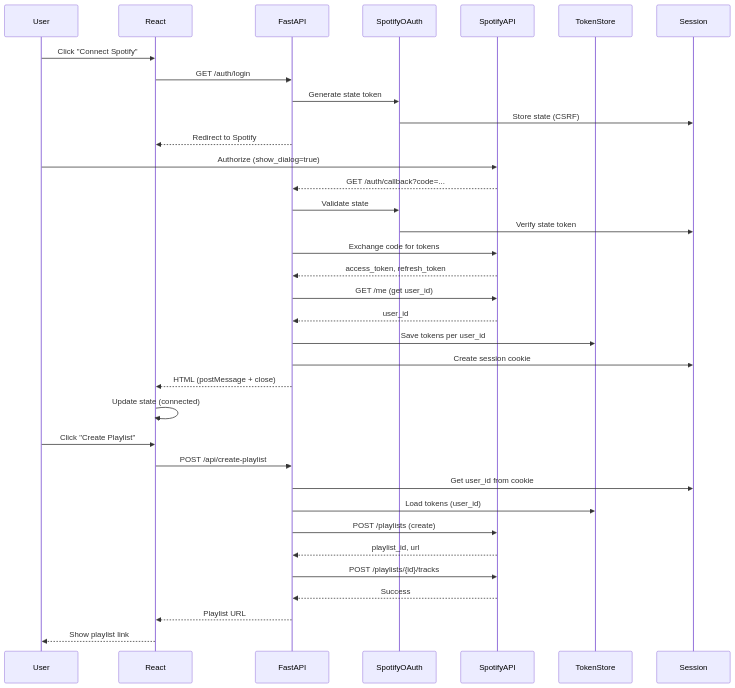
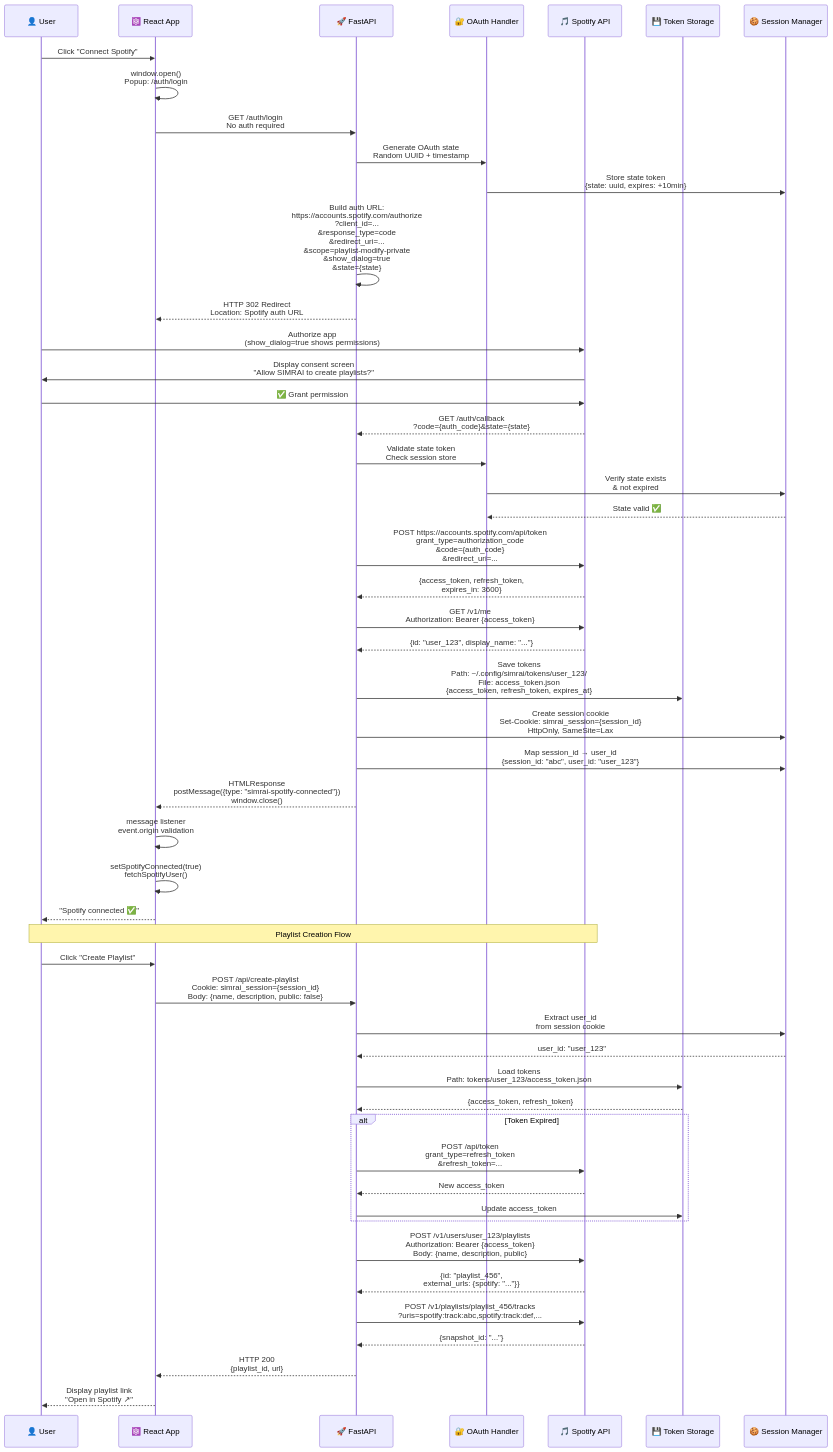
Before and after one commit to ajay-drew/Spotify-Induced-Music-Recommendation-AI: the third of 7 diagrams in docs/ARCHITECTURE.md, drawn with Mermaid. The commit also changed other lines of this file, not shown here.

Commit message:
Update architecture diagrams: add technical details while keeping colorful, emoji-rich style

````diff
--- a/docs/ARCHITECTURE.md
+++ b/docs/ARCHITECTURE.md
@@ -188,43 +172,63 @@
 ```mermaid
 sequenceDiagram
-    participant User
-    participant React
-    participant FastAPI
-    participant SpotifyOAuth
-    participant SpotifyAPI
-    participant TokenStore
-    participant Session
+    participant User as 👤 User
+    participant React as ⚛️ React App
+    participant FastAPI as 🚀 FastAPI
+    participant SpotifyOAuth as 🔐 OAuth Handler
+    participant SpotifyAPI as 🎵 Spotify API
+    participant TokenStore as 💾 Token Storage
+    participant Session as 🍪 Session Manager
 
     User->>React: Click "Connect Spotify"
-    React->>FastAPI: GET /auth/login
-    FastAPI->>SpotifyOAuth: Generate state token
-    SpotifyOAuth->>Session: Store state (CSRF)
-    FastAPI-->>React: Redirect to Spotify
+    React->>React: window.open()<br/>Popup: /auth/login
+    React->>FastAPI: GET /auth/login<br/>No auth required
+    FastAPI->>SpotifyOAuth: Generate OAuth state<br/>Random UUID + timestamp
+    SpotifyOAuth->>Session: Store state token<br/>{state: uuid, expires: +10min}
+    FastAPI->>FastAPI: Build auth URL:<br/>https://accounts.spotify.com/authorize<br/>?client_id=...<br/>&response_type=code<br/>&redirect_uri=...<br/>&scope=playlist-modify-private<br/>&show_dialog=true<br/>&state={state}
+    FastAPI-->>React: HTTP 302 Redirect<br/>Location: Spotify auth URL
     
-    User->>SpotifyAPI: Authorize (show_dialog=true)
-    SpotifyAPI-->>FastAPI: GET /auth/callback?code=...
-    FastAPI->>SpotifyOAuth: Validate state
-    SpotifyOAuth->>Session: Verify state token
+    User->>SpotifyAPI: Authorize app<br/>(show_dialog=true shows permissions)
+    SpotifyAPI->>User: Display consent screen<br/>"Allow SIMRAI to create playlists?"
+    User->>SpotifyAPI: ✅ Grant permission
+    SpotifyAPI-->>FastAPI: GET /auth/callback<br/>?code={auth_code}&state={state}
     
-    FastAPI->>SpotifyAPI: Exchange code for tokens
-    SpotifyAPI-->>FastAPI: access_token, refresh_token
-    FastAPI->>SpotifyAPI: GET /me (get user_id)
-    SpotifyAPI-->>FastAPI: user_id
+    FastAPI->>SpotifyOAuth: Validate state token<br/>Check session store
+    SpotifyOAuth->>Session: Verify state exists<br/>& not expired
+    Session-->>SpotifyOAuth: State valid ✅
     
-    FastAPI->>TokenStore: Save tokens per user_id
-    FastAPI->>Session: Create session cookie
-    FastAPI-->>React: HTML (postMessage + close)
-    React->>React: Update state (connected)
+    FastAPI->>SpotifyAPI: POST https://accounts.spotify.com/api/token<br/>grant_type=authorization_code<br/>&code={auth_code}<br/>&redirect_uri=...
+    SpotifyAPI-->>FastAPI: {access_token, refresh_token,<br/>expires_in: 3600}
+    FastAPI->>SpotifyAPI: GET /v1/me<br/>Authorization: Bearer {access_token}
+    SpotifyAPI-->>FastAPI: {id: "user_123", display_name: "..."}
+    
+    FastAPI->>TokenStore: Save tokens<br/>Path: ~/.config/simrai/tokens/user_123/<br/>File: access_token.json<br/>{access_token, refresh_token, expires_at}
+    FastAPI->>Session: Create session cookie<br/>Set-Cookie: simrai_session={session_id}<br/>HttpOnly, SameSite=Lax
+    FastAPI->>Session: Map session_id → user_id<br/>{session_id: "abc", user_id: "user_123"}
+    FastAPI-->>React: HTMLResponse<br/>postMessage({type: "simrai-spotify-connected"})<br/>window.close()
+    React->>React: message listener<br/>event.origin validation
+    React->>React: setSpotifyConnected(true)<br/>fetchSpotifyUser()
+    React-->>User: "Spotify connected ✅"
+    
+    Note over User,SpotifyAPI: Playlist Creation Flow
     
     User->>React: Click "Create Playlist"
-    React->>FastAPI: POST /api/create-playlist
-    FastAPI->>Session: Get user_id from cookie
-    FastAPI->>TokenStore: Load tokens (user_id)
-    FastAPI->>SpotifyAPI: POST /playlists (create)
-    SpotifyAPI-->>FastAPI: playlist_id, url
+    React->>FastAPI: POST /api/create-playlist<br/>Cookie: simrai_session={session_id}<br/>Body: {name, description, public: false}
+    FastAPI->>Session: Extract user_id<br/>from session cookie
+    Session-->>FastAPI: user_id: "user_123"
+    FastAPI->>TokenStore: Load tokens<br/>Path: tokens/user_123/access_token.json
+    TokenStore-->>FastAPI: {access_token, refresh_token}
     
-    FastAPI->>SpotifyAPI: POST /playlists/{id}/tracks
-    SpotifyAPI-->>FastAPI: Success
-    FastAPI-->>React: Playlist URL
-    React-->>User: Show playlist link
+    alt Token Expired
+        FastAPI->>SpotifyAPI: POST /api/token<br/>grant_type=refresh_token<br/>&refresh_token=...
+        SpotifyAPI-->>FastAPI: New access_token
+        FastAPI->>TokenStore: Update access_token
+    end
+    
+    FastAPI->>SpotifyAPI: POST /v1/users/user_123/playlists<br/>Authorization: Bearer {access_token}<br/>Body: {name, description, public}
+    SpotifyAPI-->>FastAPI: {id: "playlist_456",<br/>external_urls: {spotify: "..."}}
+    
+    FastAPI->>SpotifyAPI: POST /v1/playlists/playlist_456/tracks<br/>?uris=spotify:track:abc,spotify:track:def,...
+    SpotifyAPI-->>FastAPI: {snapshot_id: "..."}
+    FastAPI-->>React: HTTP 200<br/>{playlist_id, url}
+    React-->>User: Display playlist link<br/>"Open in Spotify ↗"
 ```
````
